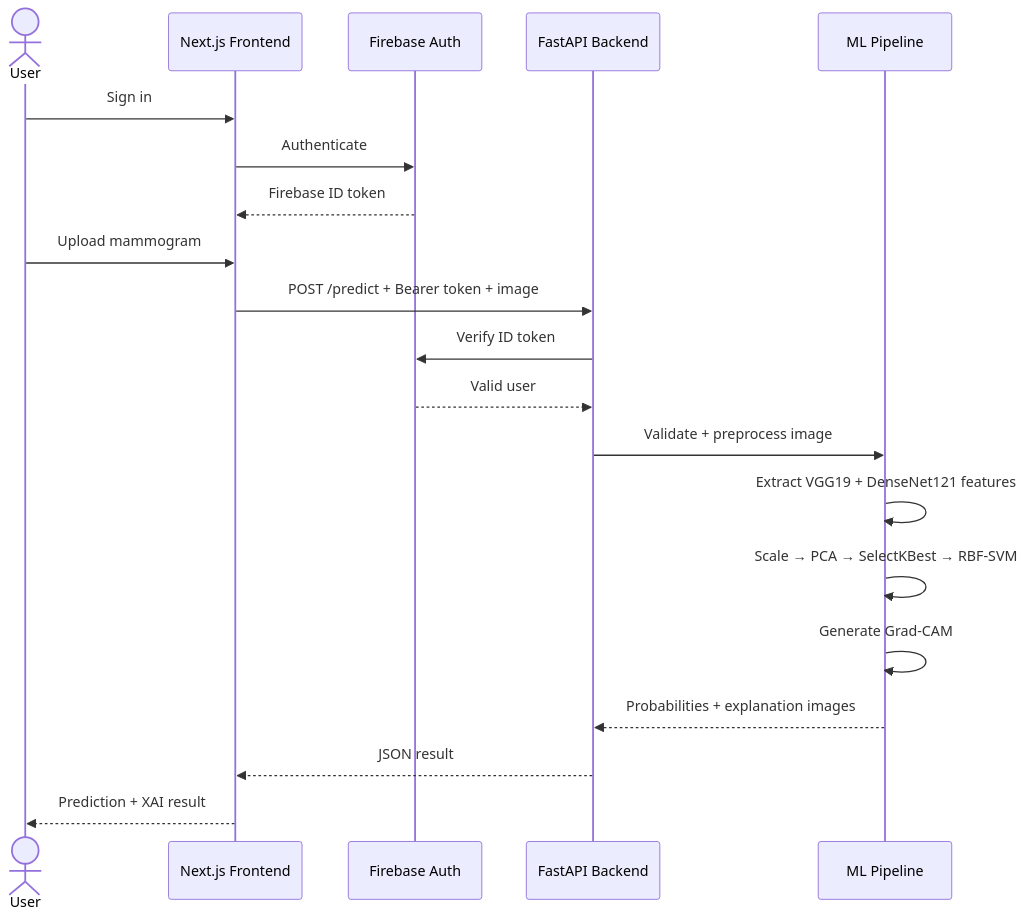
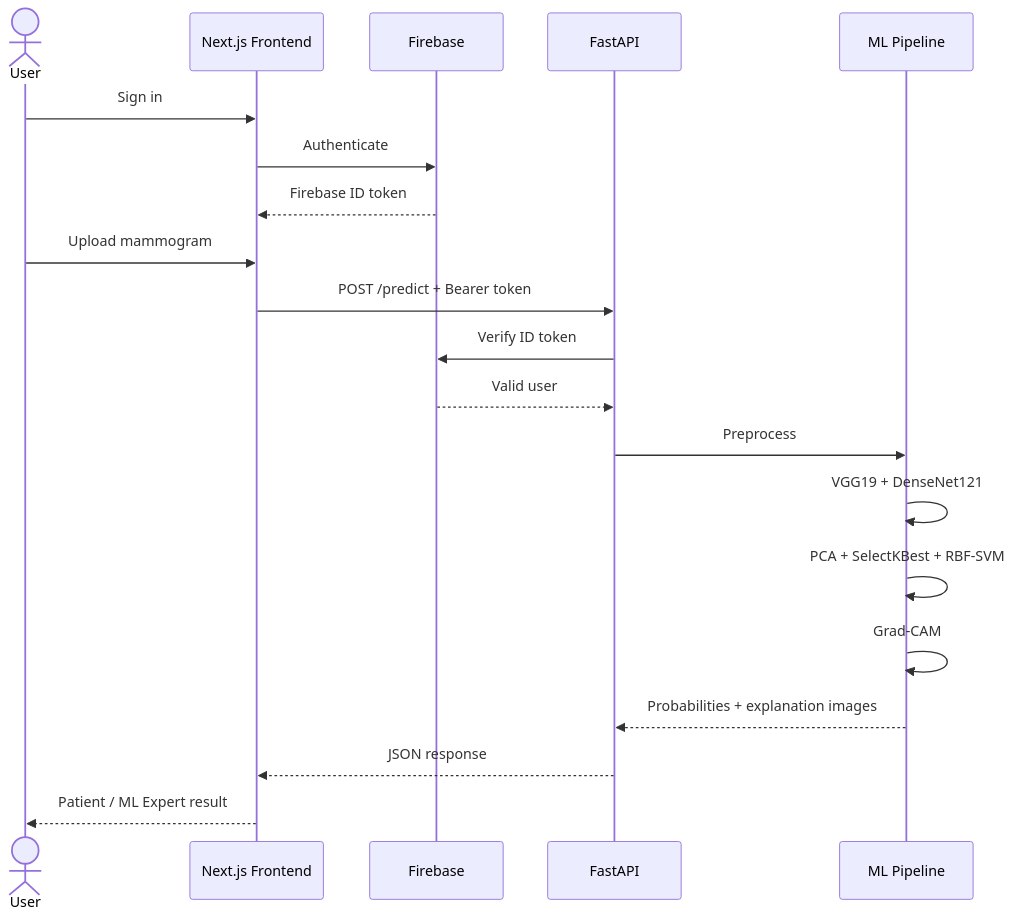
One commit to Payoshnee/MammoSights changed the third of 3 diagrams in README.md. Above: the diagram before and after it, drawn with Mermaid. The commit also changed other lines of this file and 18 other files, not shown here.

````diff
--- a/README.md
+++ b/README.md
@@ -149,26 +607,25 @@
 ```mermaid
 sequenceDiagram
     actor User
     participant Web as Next.js Frontend
-    participant Firebase as Firebase Auth
-    participant API as FastAPI Backend
+    participant Auth as Firebase
+    participant API as FastAPI
     participant ML as ML Pipeline
 
     User->>Web: Sign in
-    Web->>Firebase: Authenticate
-    Firebase-->>Web: Firebase ID token
+    Web->>Auth: Authenticate
+    Auth-->>Web: Firebase ID token
 
     User->>Web: Upload mammogram
-    Web->>API: POST /predict + Bearer token + image
-    API->>Firebase: Verify ID token
-    Firebase-->>API: Valid user
+    Web->>API: POST /predict + Bearer token
+    API->>Auth: Verify ID token
+    Auth-->>API: Valid user
 
-    API->>ML: Validate + preprocess image
-    ML->>ML: Extract VGG19 + DenseNet121 features
-    ML->>ML: Scale → PCA → SelectKBest → RBF-SVM
-    ML->>ML: Generate Grad-CAM
+    API->>ML: Preprocess
+    ML->>ML: VGG19 + DenseNet121
+    ML->>ML: PCA + SelectKBest + RBF-SVM
+    ML->>ML: Grad-CAM
     ML-->>API: Probabilities + explanation images
-
-    API-->>Web: JSON result
-    Web-->>User: Prediction + XAI result
+    API-->>Web: JSON response
+    Web-->>User: Patient / ML Expert result
 ```
````
